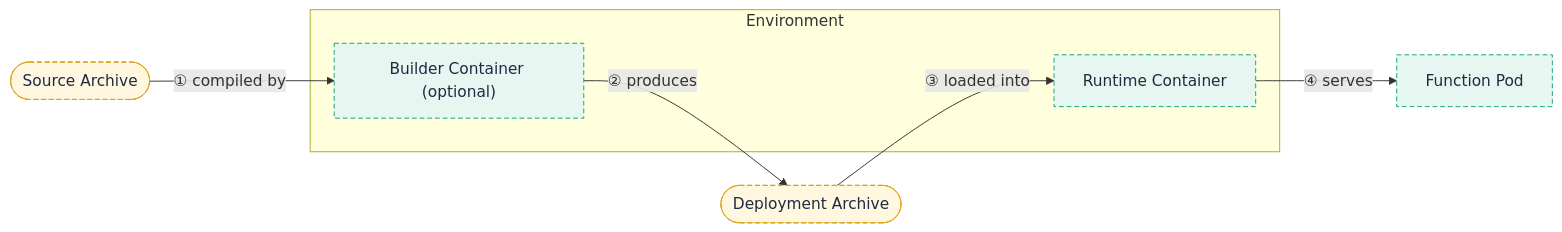
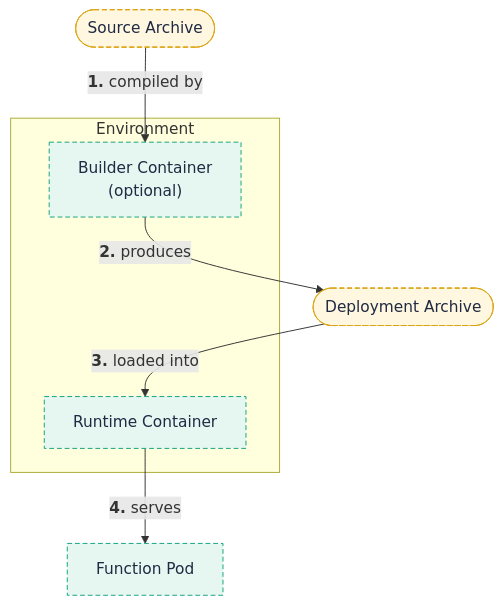
One commit to fission/fission.io changed the diagram in content/en/docs/concepts/environments.md. Above: the diagram before and after it, drawn with Mermaid. The commit also changed 23 other files, not shown here.

First line of the commit message:
Make diagrams readable inline: compact TB layouts, bold crimson step numbers

````diff
--- a/content/en/docs/concepts/environments.md
+++ b/content/en/docs/concepts/environments.md
@@ -29,14 +29,14 @@
 ```mermaid
-flowchart LR
+flowchart TB
   subgraph env["Environment"]
+    builder["Builder Container<br/>(optional)"]:::pod
     runtime["Runtime Container"]:::pod
-    builder["Builder Container (optional)"]:::pod
   end
-  src(["Source Archive"]):::store -->|"① compiled by"| builder
-  builder -->|"② produces"| deploy(["Deployment Archive"]):::store
-  deploy -->|"③ loaded into"| runtime
-  runtime -->|"④ serves"| fnPod["Function Pod"]:::pod
+  src(["Source Archive"]):::store -->|"<b>1.</b> compiled by"| builder
+  builder -->|"<b>2.</b> produces"| deploy(["Deployment Archive"]):::store
+  deploy -->|"<b>3.</b> loaded into"| runtime
+  runtime -->|"<b>4.</b> serves"| fnPod["Function Pod"]:::pod
 
   classDef pod fill:#e6f7f1,stroke:#11a37f,color:#1f2a43,stroke-dasharray:5 3
   classDef store fill:#fff7e0,stroke:#dba514,color:#1f2a43,stroke-dasharray:5 3
 ```
````
